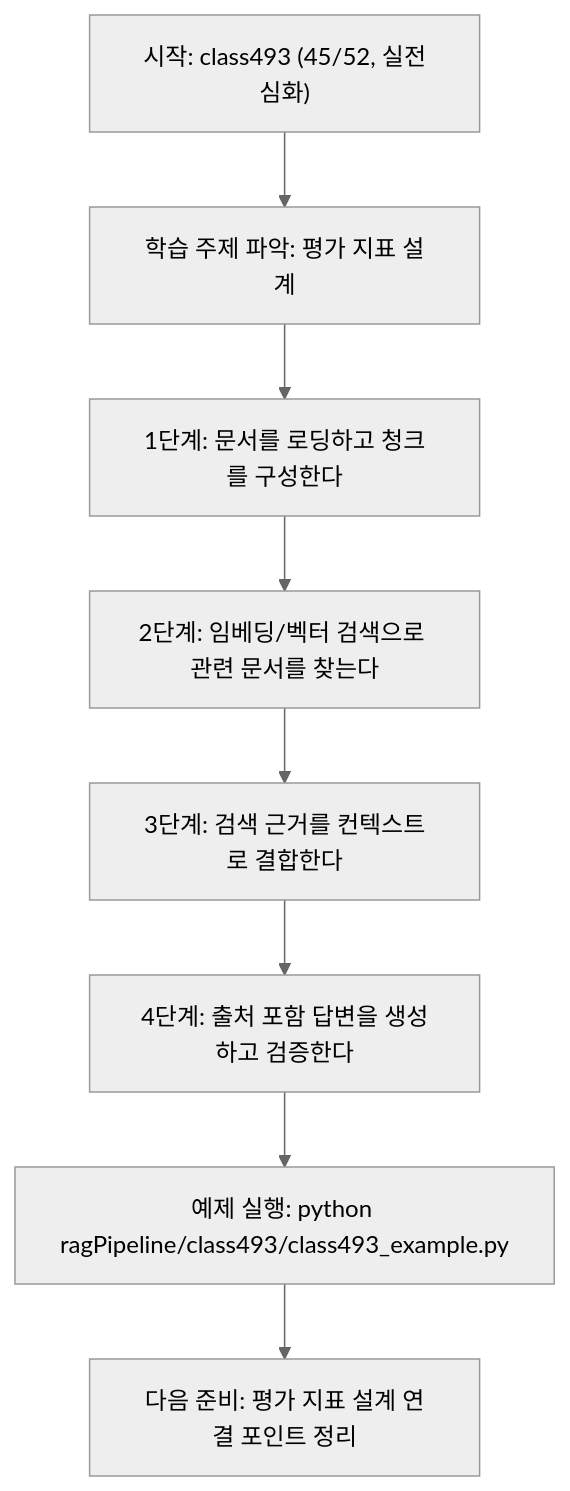
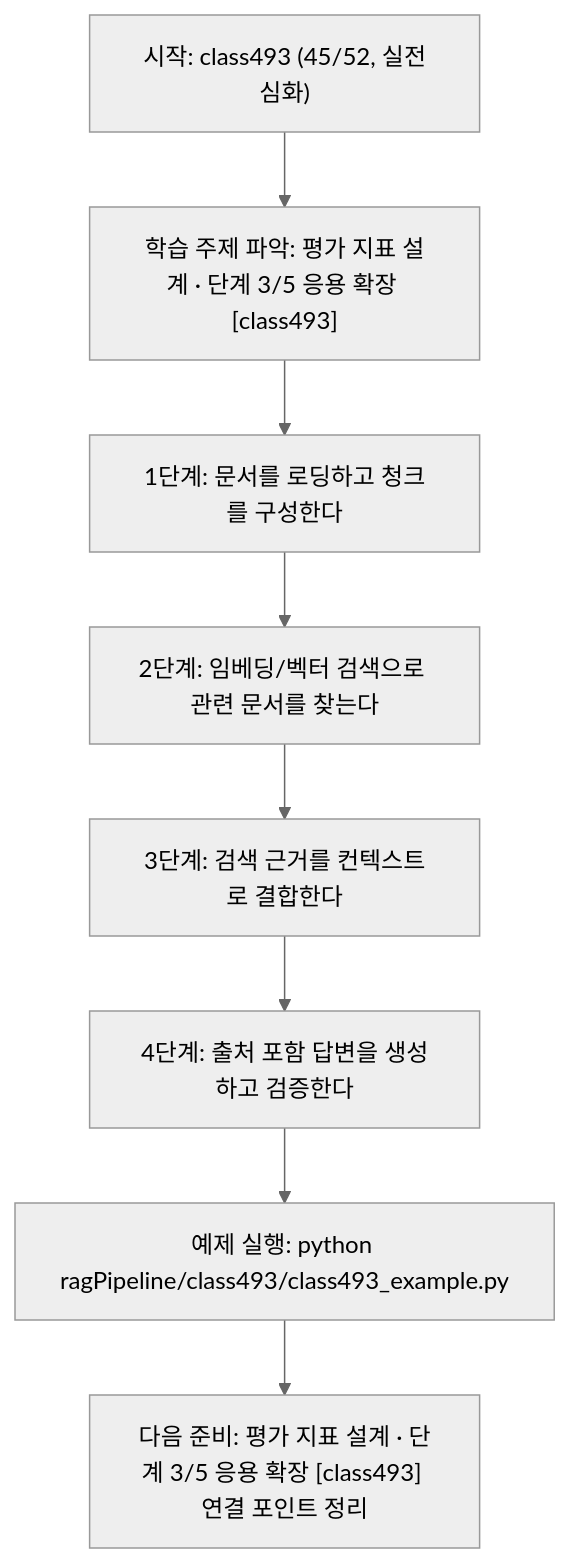
Before and after one commit to edumgt/Python-AI_Agent-Class: the diagram in ragPipeline/class493/class493.md, drawn with Mermaid (neutral theme). The commit also changed other lines of this file and 522 other files, not shown here.

````diff
--- a/ragPipeline/class493/class493.md
+++ b/ragPipeline/class493/class493.md
@@ -110,18 +111,18 @@
 ```mermaid
 flowchart TD
 N1["시작: class493 (45/52, 실전심화)"]
-N2["학습 주제 파악: 평가 지표 설계"]
+N2["학습 주제 파악: 평가 지표 설계 · 단계 3/5 응용 확장 [class493]"]
 N3["1단계: 문서를 로딩하고 청크를 구성한다"]
 N4["2단계: 임베딩/벡터 검색으로 관련 문서를 찾는다"]
 N5["3단계: 검색 근거를 컨텍스트로 결합한다"]
 N6["4단계: 출처 포함 답변을 생성하고 검증한다"]
 N7["예제 실행: python ragPipeline/class493/class493_example.py"]
-N8["다음 준비: 평가 지표 설계 연결 포인트 정리"]
+N8["다음 준비: 평가 지표 설계 · 단계 3/5 응용 확장 [class493] 연결 포인트 정리"]
 N1 --> N2
 N2 --> N3
 N3 --> N4
 N4 --> N5
 N5 --> N6
 N6 --> N7
 N7 --> N8
 ```
````
